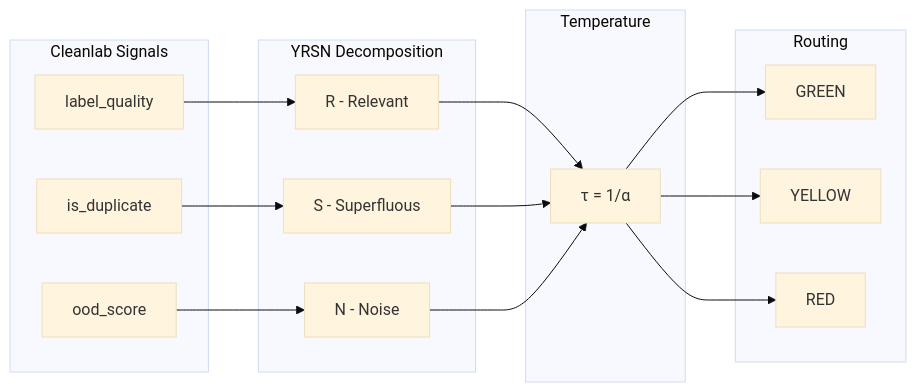
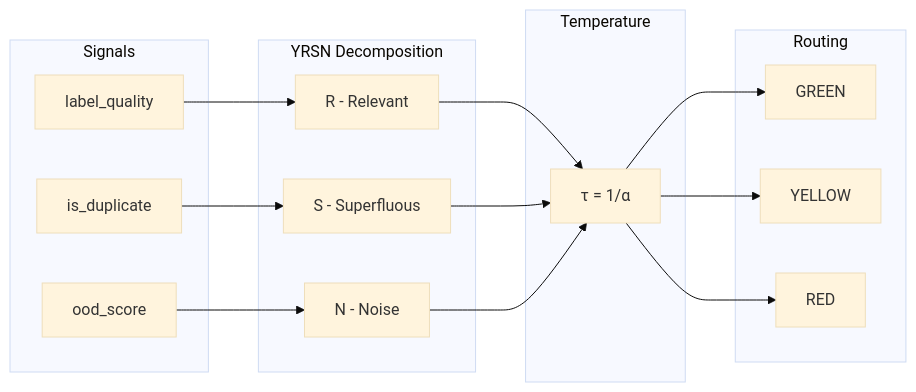
The diagram in README.md (RudyMartin/yrsn-iars), drawn with Mermaid (base theme) before and after one commit.

Commit message:
Rename Cleanlab Signals to Signals in diagram
🤖 Generated with [Claude Code](https://claude.com/claude-code)

````diff
--- a/README.md
+++ b/README.md
@@ -9,34 +9,34 @@
 ```mermaid
 flowchart LR
-    subgraph Cleanlab["Cleanlab Signals"]
+    subgraph Signals["Signals"]
         A[label_quality]
         B[is_duplicate]
         C[ood_score]
     end
 
     subgraph YRSN["YRSN Decomposition"]
         D[R - Relevant]
         E[S - Superfluous]
         F[N - Noise]
     end
 
     subgraph Temp["Temperature"]
         G["τ = 1/α"]
     end
 
     subgraph Route["Routing"]
         H[GREEN]
         I[YELLOW]
         J[RED]
     end
 
     A --> D
     B --> E
     C --> F
     D --> G
     E --> G
     F --> G
     G --> H
     G --> I
     G --> J
 ```
````
